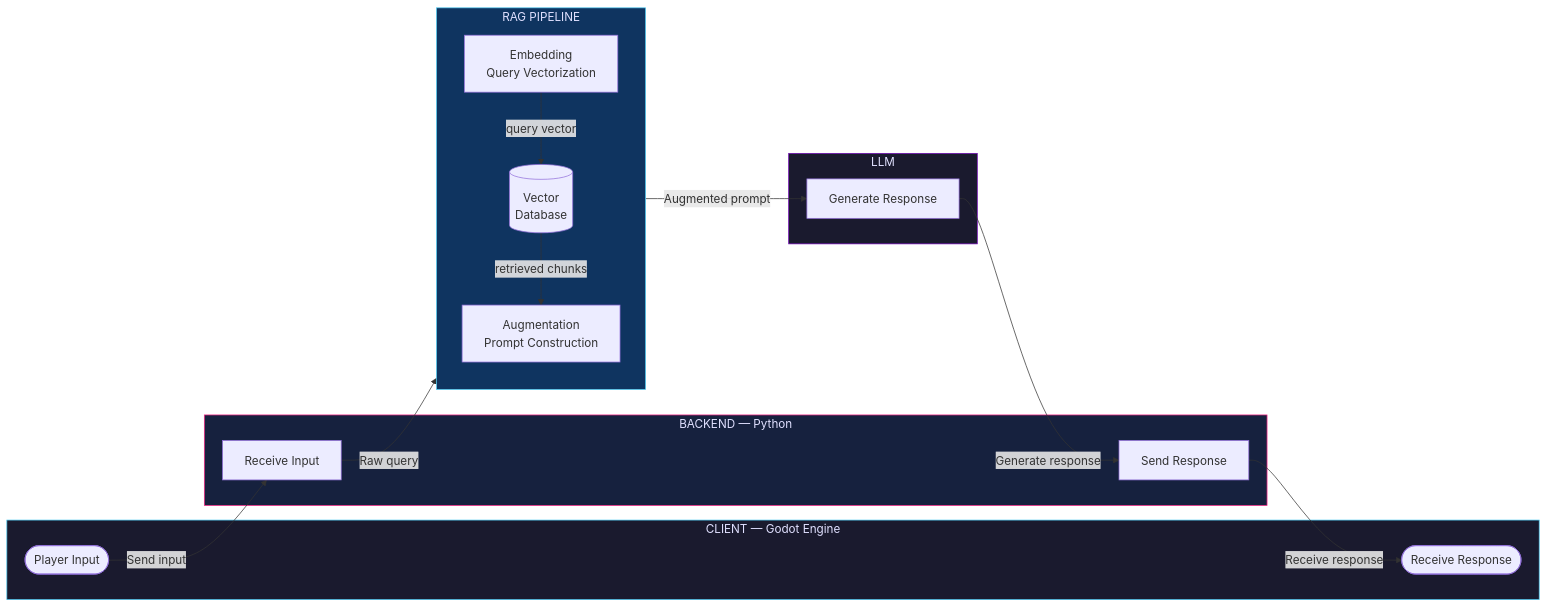
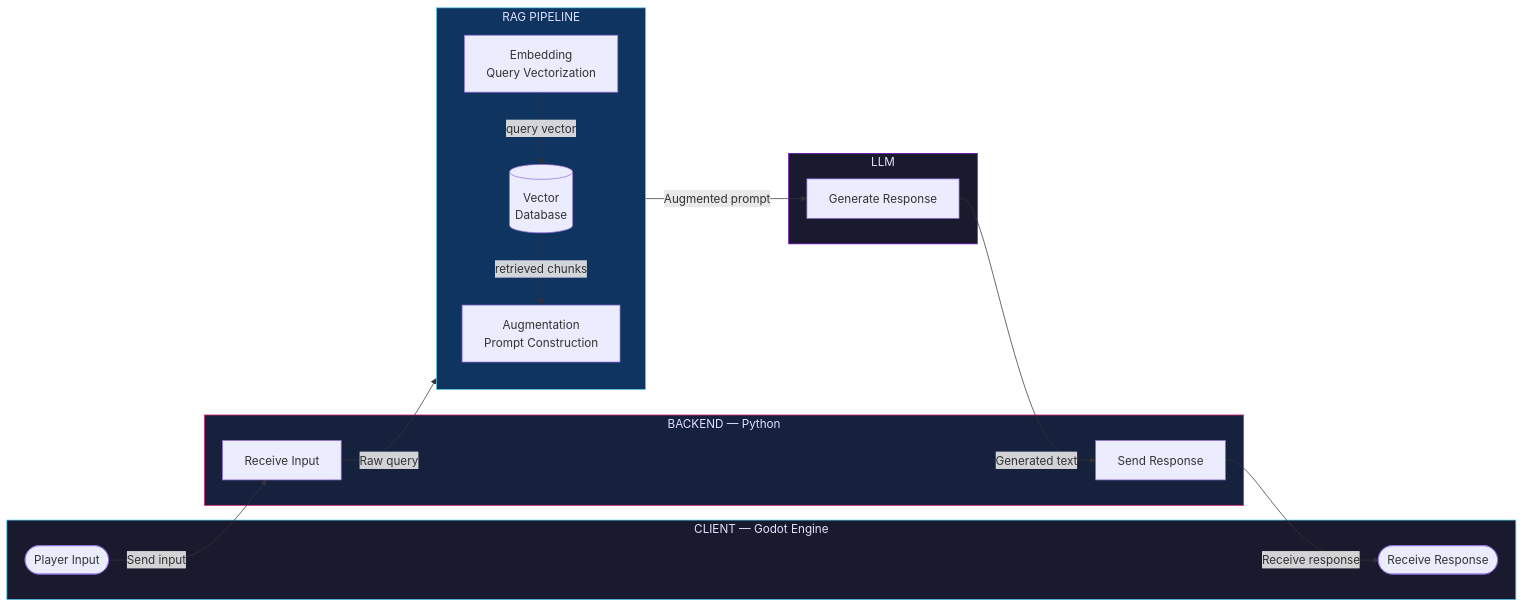
One commit to tdbbbfps/SoulfulNpc changed the diagram in README.md. Above: the diagram before and after it, drawn with Mermaid. The commit also changed other lines of this file, not shown here.

````diff
--- a/README.md
+++ b/README.md
@@ -31,36 +53,36 @@
 ```mermaid
 flowchart LR
     subgraph CLIENT["CLIENT — Godot Engine"]
         A([Player Input])
         H([Receive Response])
     end
 
     subgraph BACKEND["BACKEND — Python"]
         B[Receive Input]
         G[Send Response]
     end
 
     subgraph RAG["RAG PIPELINE"]
         direction TB
         C[Embedding\nQuery Vectorization]
         D[(Vector\nDatabase)]
         E[Augmentation\nPrompt Construction]
         C -->|query vector| D
         D -->|retrieved chunks| E
     end
 
     subgraph LLM_BLOCK["LLM"]
         F[Generate Response]
     end
 
     A -->|Send input| B
     B -->|Raw query| C
     E -->|Augmented prompt| F
-    F -->|Generate response| G
+    F -->|Generated text| G
     G -->|Receive response| H
 
     style CLIENT fill:#1a1a2e,stroke:#4cc9f0,color:#e0e0ff
     style BACKEND fill:#16213e,stroke:#f72585,color:#e0e0ff
     style RAG fill:#0f3460,stroke:#4cc9f0,color:#e0e0ff
     style LLM_BLOCK fill:#1a1a2e,stroke:#7209b7,color:#e0e0ff
 ```
````
